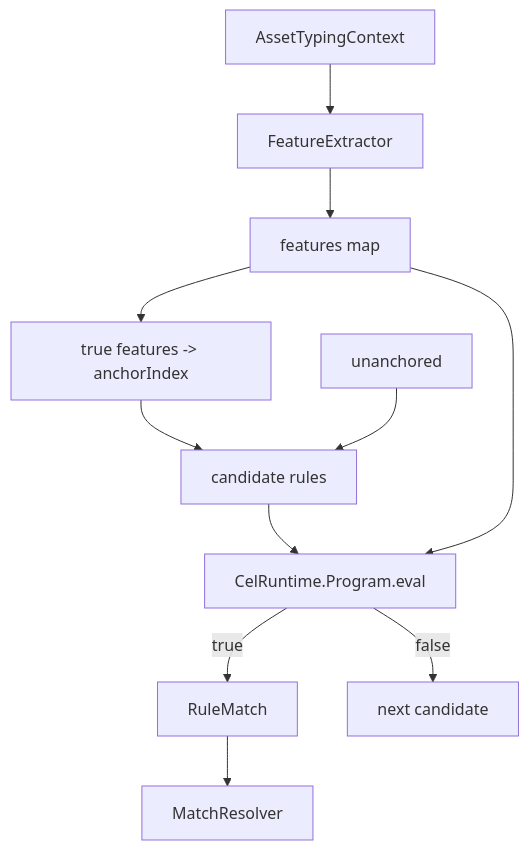
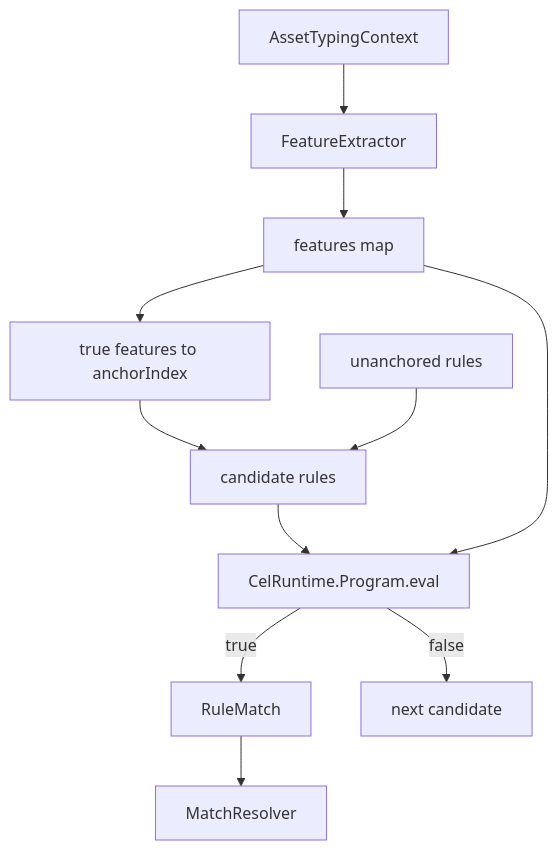
The fifth of 9 diagrams in docs/ENGINE_IMPLEMENTATION.md (GAbra/itam-asset-typing-benchmark), drawn with Mermaid before and after one commit. The commit also changed other lines of this file, not shown here.

Commit message:
Fix Mermaid syntax in English engine implementation

````diff
--- a/docs/ENGINE_IMPLEMENTATION.md
+++ b/docs/ENGINE_IMPLEMENTATION.md
@@ -213,13 +164,13 @@
 ```mermaid
 flowchart TD
-    C[AssetTypingContext] --> F[FeatureExtractor]
-    F --> M[features map]
-    M --> A[true features -> anchorIndex]
-    A --> CAND[candidate rules]
-    U[unanchored] --> CAND
-    CAND --> P[CelRuntime.Program.eval]
+    C["AssetTypingContext"] --> F["FeatureExtractor"]
+    F --> M["features map"]
+    M --> A["true features to anchorIndex"]
+    A --> CAND["candidate rules"]
+    U["unanchored rules"] --> CAND
+    CAND --> P["CelRuntime.Program.eval"]
     M --> P
-    P -->|true| RM[RuleMatch]
-    P -->|false| NEXT[next candidate]
-    RM --> RES[MatchResolver]
+    P -->|true| RM["RuleMatch"]
+    P -->|false| NEXT["next candidate"]
+    RM --> RES["MatchResolver"]
 ```
````
